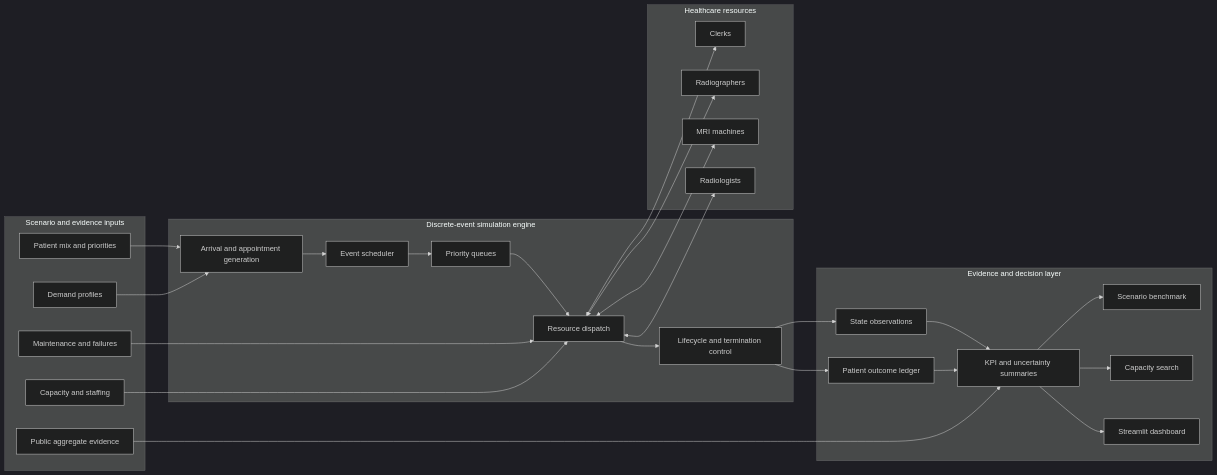
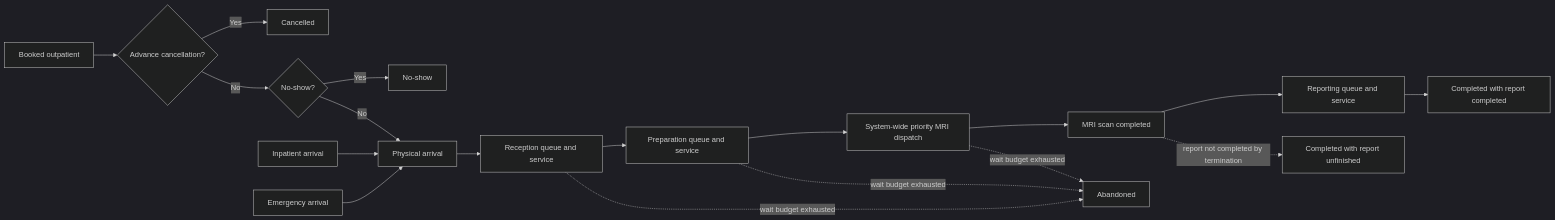
The first of 2 diagrams in README.md (sauravsingla/healthcare-discrete-event-simulation), drawn with Mermaid (dark theme) before and after one commit. The commit also changed other lines of this file and 3 other files, not shown here.

Commit message:
fix: complete DES architecture and validation hardening

````diff
--- a/README.md
+++ b/README.md
@@ -164,52 +91,20 @@
 ```mermaid
 flowchart LR
-    subgraph Inputs[Scenario and evidence inputs]
-        A[Demand profiles]
-        B[Patient mix and priorities]
-        C[Capacity and staffing]
-        D[Maintenance and failures]
-        E[Public aggregate evidence]
-    end
-
-    subgraph Engine[Discrete-event simulation engine]
-        F[Arrival and appointment generation]
-        G[Event scheduler]
-        H[Priority queues]
-        I[Resource dispatch]
-        J[Lifecycle and termination control]
-    end
-
-    subgraph Resources[Healthcare resources]
-        K[Clerks]
-        L[Radiographers]
-        M[MRI machines]
-        N[Radiologists]
-    end
-
-    subgraph Evidence[Evidence and decision layer]
-        O[Patient outcome ledger]
-        P[State observations]
-        Q[KPI and uncertainty summaries]
-        R[Scenario benchmark]
-        S[Capacity search]
-        T[Streamlit dashboard]
-    end
-
-    A --> F
-    B --> F
-    C --> I
-    D --> I
-    E --> Q
-    F --> G --> H --> I --> J
-    I <--> K
-    I <--> L
-    I <--> M
-    I <--> N
-    J --> O
-    J --> P
-    O --> Q
-    P --> Q
-    Q --> R
-    Q --> S
-    Q --> T
+    A[Booked outpatient] --> B{Advance cancellation?}
+    B -->|Yes| C[Cancelled]
+    B -->|No| D{No-show?}
+    D -->|Yes| E[No-show]
+    D -->|No| F[Physical arrival]
+    G[Inpatient arrival] --> F
+    H[Emergency arrival] --> F
+    F --> I[Reception queue and service]
+    I --> J[Preparation queue and service]
+    J --> K[System-wide priority MRI dispatch]
+    K --> L[MRI scan completed]
+    L --> M[Reporting queue and service]
+    M --> N[Completed with report completed]
+    L -. report not completed by termination .-> O[Completed with report unfinished]
+    I -. wait budget exhausted .-> P[Abandoned]
+    J -. wait budget exhausted .-> P
+    K -. wait budget exhausted .-> P
 ```
````
